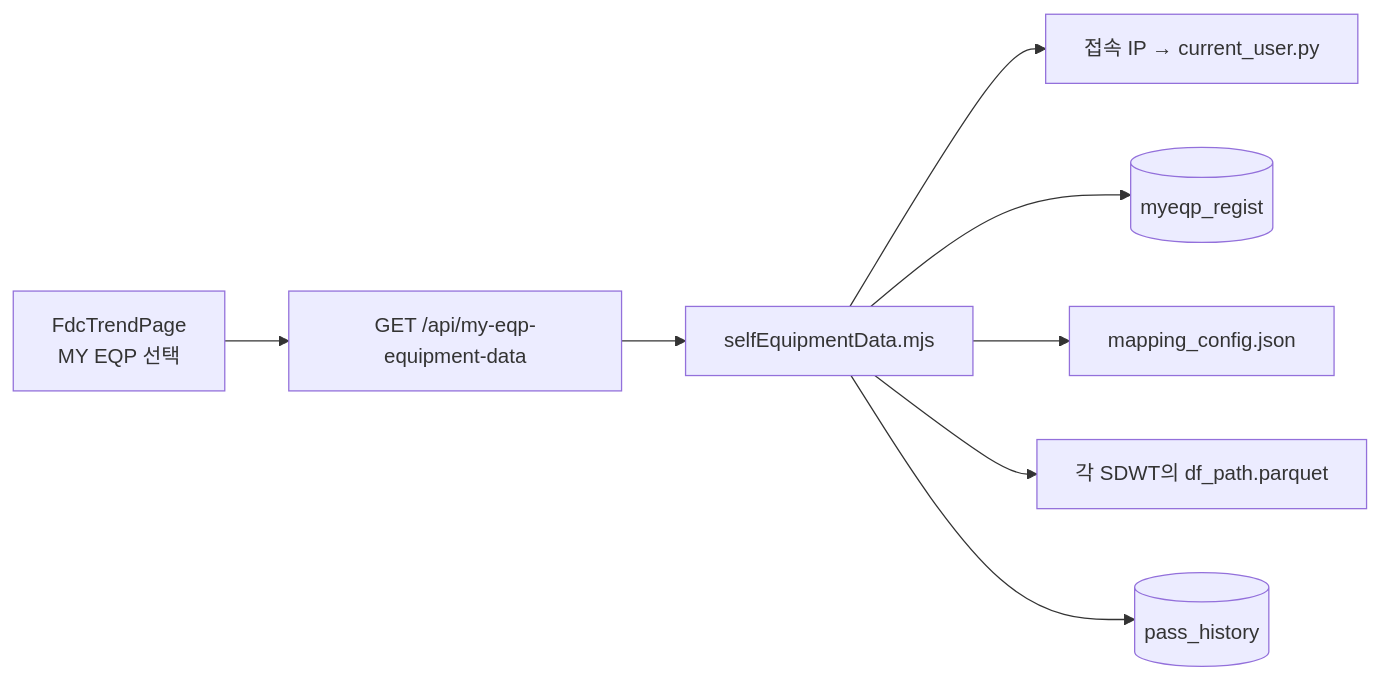
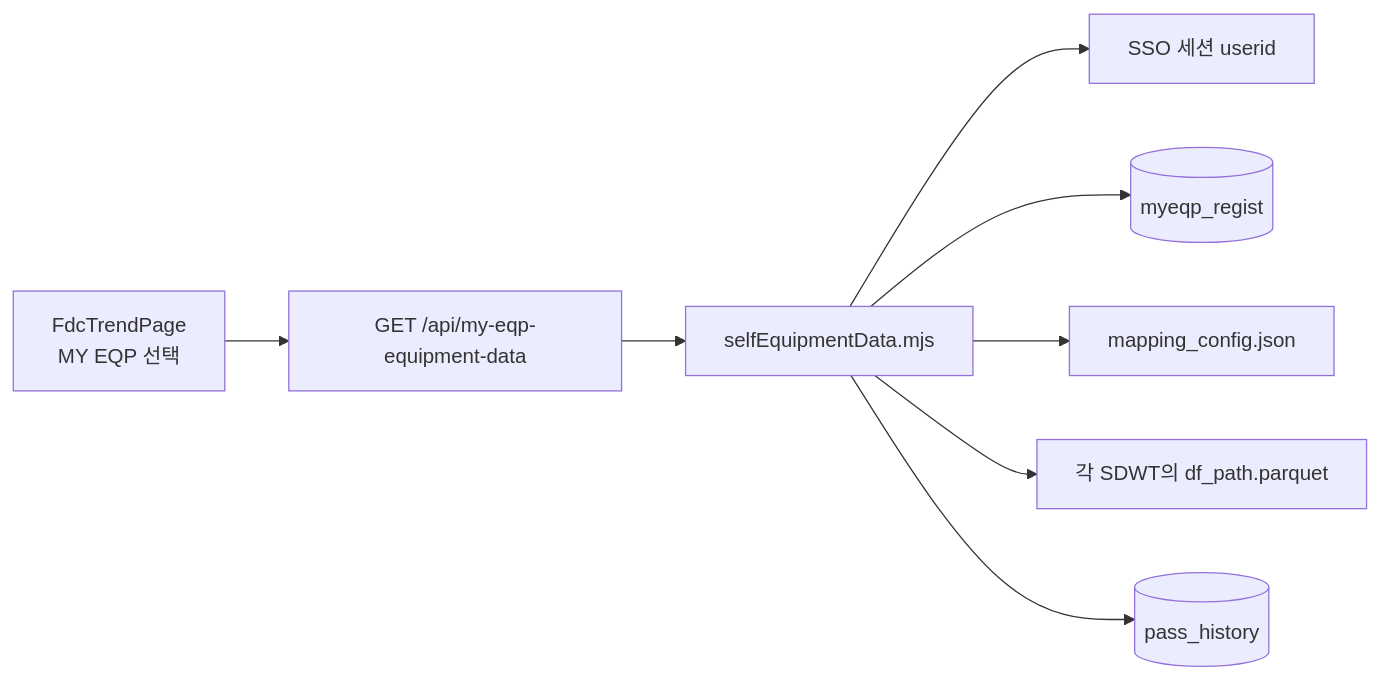
One commit to mlbarod/l0_spider changed the sixth of 12 diagrams in web_structure.md. Above: the diagram before and after it, drawn with Mermaid. The commit also changed other lines of this file and 19 other files, not shown here.

````diff
--- a/web_structure.md
+++ b/web_structure.md
@@ -311,18 +311,18 @@
 ```mermaid
 flowchart LR
     PAGE["FdcTrendPage<br/>MY EQP 선택"]
     API["GET /api/my-eqp-equipment-data"]
     NODE["selfEquipmentData.mjs"]
-    IP["접속 IP → current_user.py"]
+    SSO["SSO 세션 userid"]
     REG[("myeqp_regist")]
     MAP["mapping_config.json"]
     PATHS["각 SDWT의 df_path.parquet"]
     SKIP[("pass_history")]
 
     PAGE --> API --> NODE
-    NODE --> IP
+    NODE --> SSO
     NODE --> REG
     NODE --> MAP
     NODE --> PATHS
     NODE --> SKIP
 ```
````
